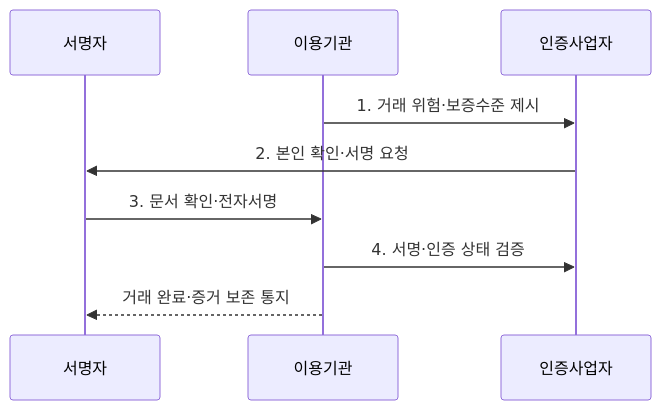
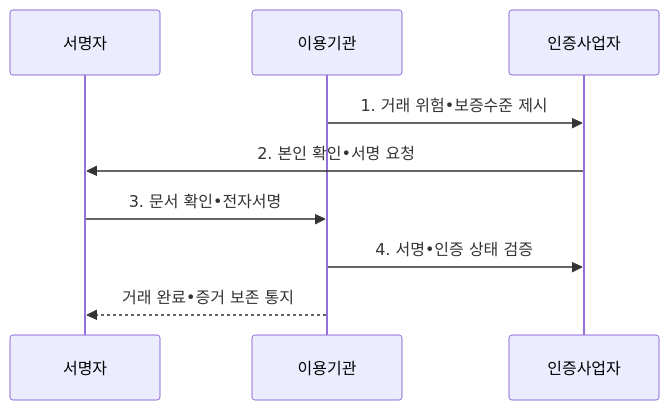
One commit to agnusdei1207/knowledge-base changed the second of 2 diagrams in src/content/docs/notes/07-law-policy/026_electronic_signature_act.md. Above: the diagram before and after it, drawn with Mermaid. The commit also changed other lines of this file and 953 other files, not shown here.

````diff
--- a/src/content/docs/notes/07-law-policy/026_electronic_signature_act.md
+++ b/src/content/docs/notes/07-law-policy/026_electronic_signature_act.md
@@ -103,11 +103,11 @@
 ```mermaid
 sequenceDiagram
     participant 서명자
     participant 이용기관
     participant 인증사업자
-    이용기관->>인증사업자: 1. 거래 위험·보증수준 제시
-    인증사업자->>서명자: 2. 본인 확인·서명 요청
-    서명자->>이용기관: 3. 문서 확인·전자서명
-    이용기관->>인증사업자: 4. 서명·인증 상태 검증
-    이용기관-->>서명자: 거래 완료·증거 보존 통지
+    이용기관->>인증사업자: 1. 거래 위험•보증수준 제시
+    인증사업자->>서명자: 2. 본인 확인•서명 요청
+    서명자->>이용기관: 3. 문서 확인•전자서명
+    이용기관->>인증사업자: 4. 서명•인증 상태 검증
+    이용기관-->>서명자: 거래 완료•증거 보존 통지
 ```
````
